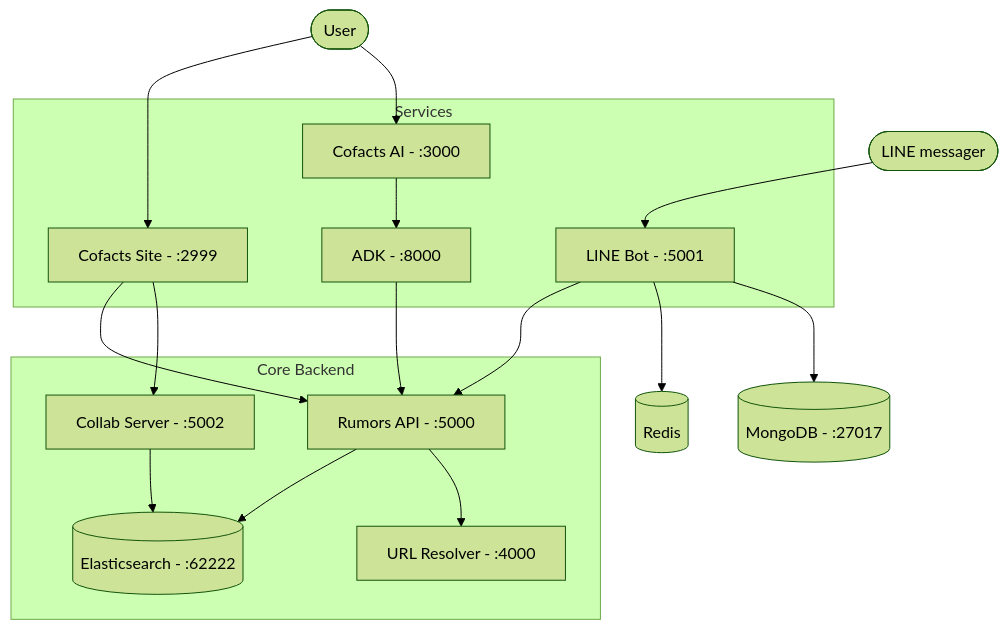
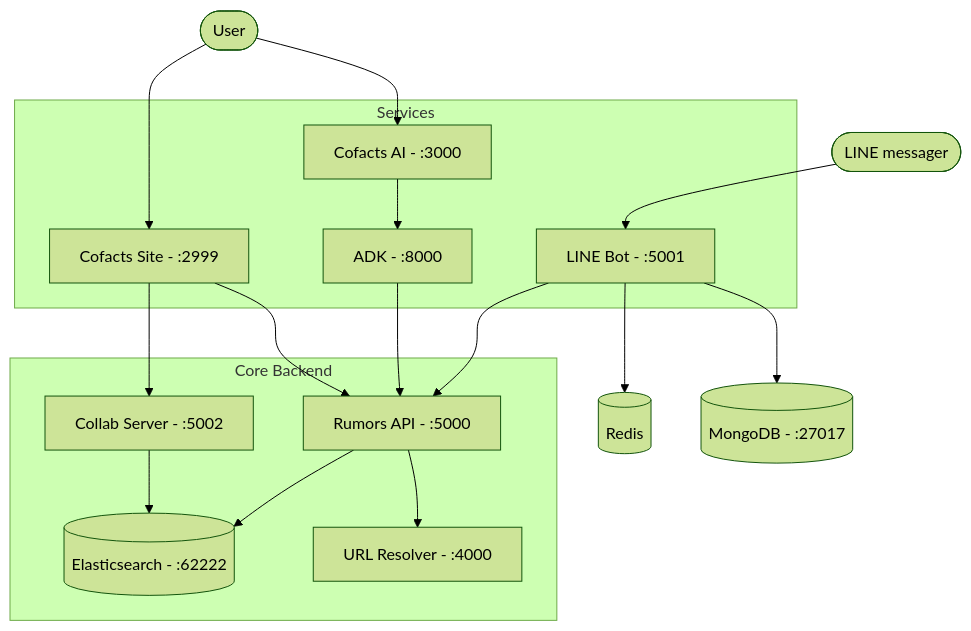
Before and after one commit to cofacts/rumors-deploy: the diagram in README.md, drawn with Mermaid (forest theme). The commit also changed other lines of this file, not shown here.

First line of the commit message:
feat: fix Mermaid diagram edge crossing

````diff
--- a/README.md
+++ b/README.md
@@ -16,39 +16,39 @@
 ```mermaid
 graph TD
     User([User])
     BotUser([LINE messager])
 
     subgraph UI ["Services"]
         site[Cofacts Site - :2999]
         site_ai[Cofacts AI - :3000]
         bot[LINE Bot - :5001]
         adk[ADK - :8000]
     end
 
     subgraph Backend ["Core Backend"]
+        collab[Collab Server - :5002]
         api[Rumors API - :5000]
-        collab[Collab Server - :5002]
         db[(Elasticsearch - :62222)]
         url[URL Resolver - :4000]
     end
 
     mongo[(MongoDB - :27017)]
     redis[(Redis)]
 
     User --> site
     User --> site_ai
     BotUser --> bot
 
+    site --> collab
     site --> api
-    site --> collab
     site_ai --> adk
     bot --> api
     bot --> redis
     bot --> mongo
 
     adk --> api
 
     api --> db
     api --> url
     collab --> db
 ```
````
